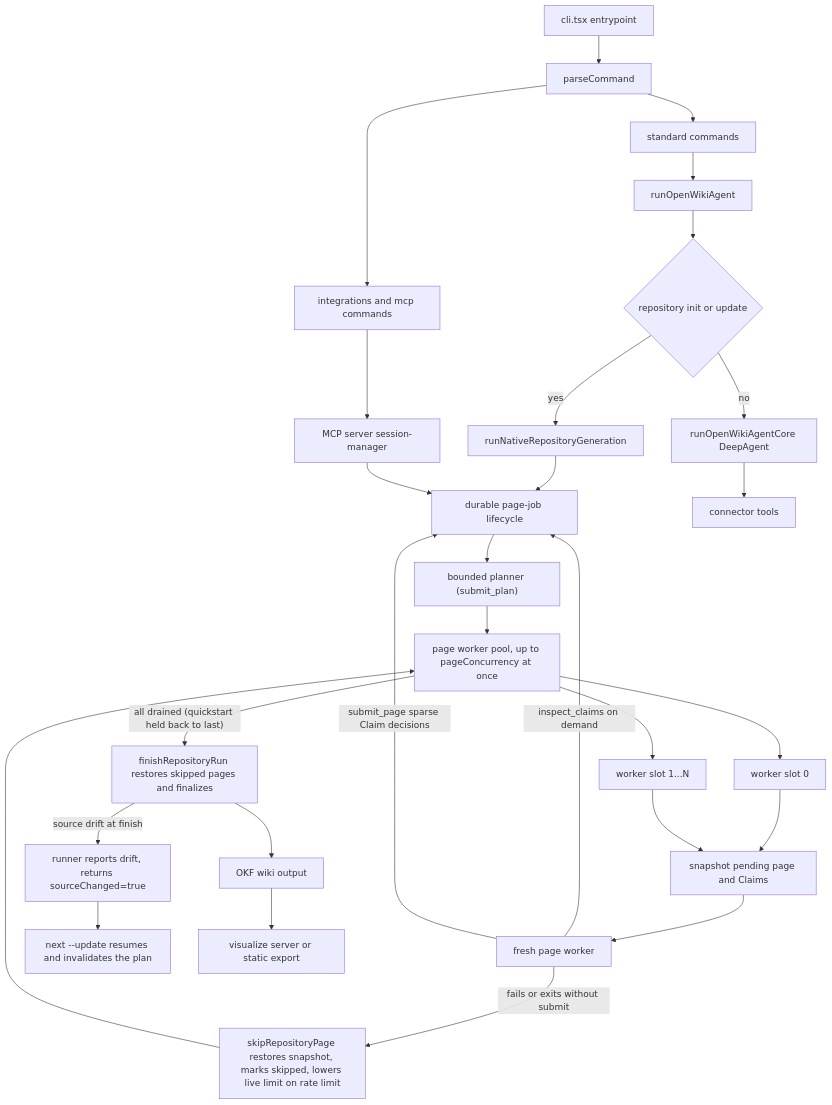
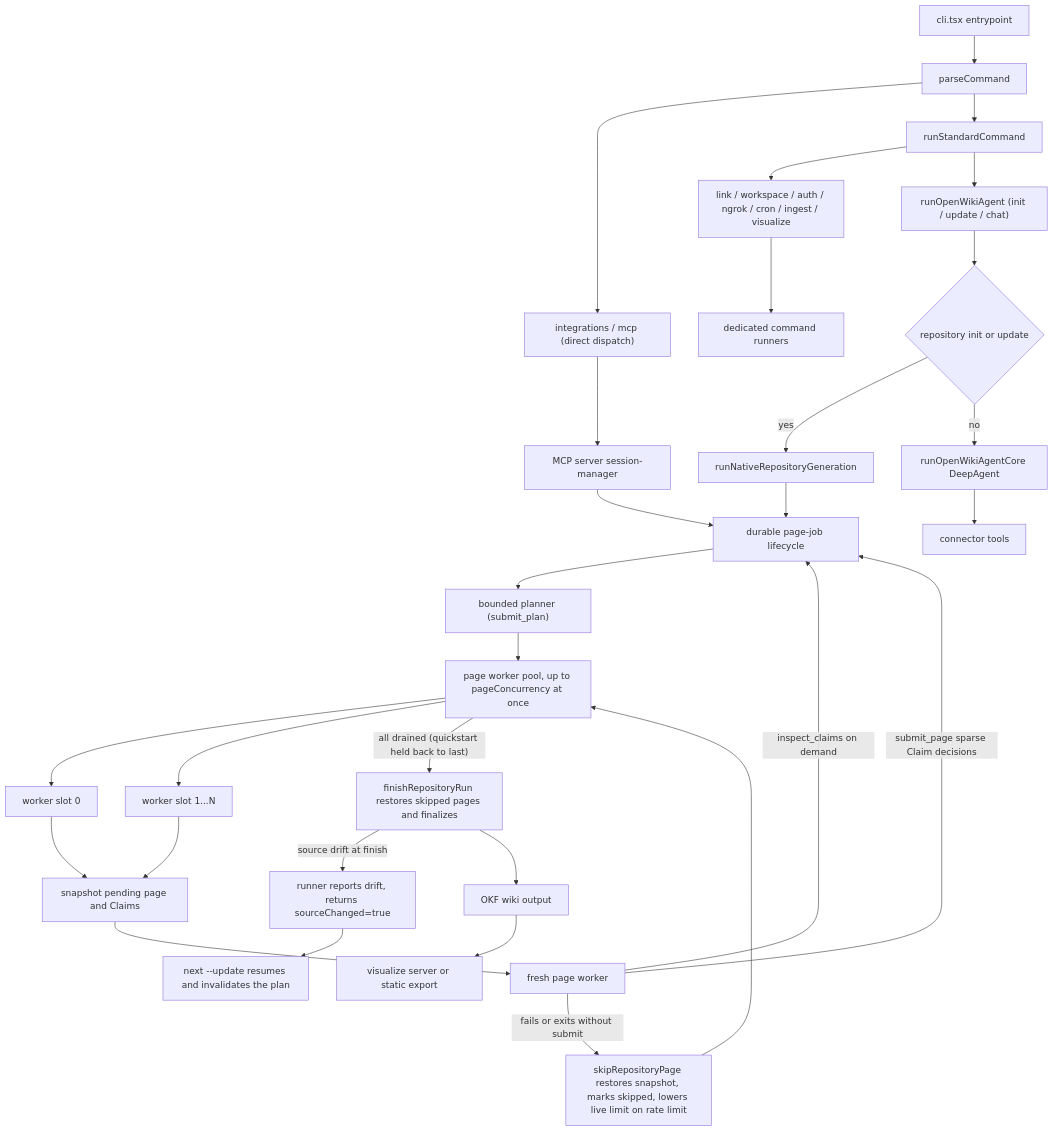
The first of 2 diagrams in openwiki/architecture/overview.md (899ms/openwiki), drawn with Mermaid before and after one commit. The commit also changed other lines of this file and 38 other files, not shown here.

Commit message:
docs: update OpenWiki (#931)

````diff
--- a/openwiki/architecture/overview.md
+++ b/openwiki/architecture/overview.md
@@ -82,30 +82,32 @@
 ```mermaid
 flowchart TD
   CLI["cli.tsx entrypoint"] --> Parse["parseCommand"]
-  Parse --> Std["standard commands"]
-  Parse --> Host["integrations and mcp commands"]
-  Std --> RunAgent["runOpenWikiAgent"]
+  Parse --> Integ["integrations / mcp (direct dispatch)"]
+  Parse --> Std["runStandardCommand"]
+  Std --> Direct["link / workspace / auth / ngrok / cron / ingest / visualize"]
+  Direct --> Runners["dedicated command runners"]
+  Std --> RunAgent["runOpenWikiAgent (init / update / chat)"]
   RunAgent --> RepoGen{"repository init or update"}
   RepoGen -->|yes| NativeRun["runNativeRepositoryGeneration"]
   RepoGen -->|no| Core["runOpenWikiAgentCore DeepAgent"]
   NativeRun --> Lifecycle["durable page-job lifecycle"]
-  Host --> McpServer["MCP server session-manager"]
+  Integ --> McpServer["MCP server session-manager"]
   McpServer --> Lifecycle
   Core --> Connectors["connector tools"]
   Lifecycle --> Planner["bounded planner (submit_plan)"]
   Planner --> Pool["page worker pool, up to pageConcurrency at once"]
   Pool --> Slot1["worker slot 0"]
   Pool --> Slot2["worker slot 1...N"]
   Slot1 --> Snapshot["snapshot pending page and Claims"]
   Slot2 --> Snapshot
   Snapshot --> PageWorker["fresh page worker"]
   PageWorker -->|"fails or exits without submit"| Skip["skipRepositoryPage restores snapshot, marks skipped, lowers live limit on rate limit"]
   Skip --> Pool
   PageWorker -->|"inspect_claims on demand"| Lifecycle
   PageWorker -->|"submit_page sparse Claim decisions"| Lifecycle
   Pool -->|"all drained (quickstart held back to last)"| Finalize["finishRepositoryRun restores skipped pages and finalizes"]
   Finalize -->|"source drift at finish"| Report["runner reports drift, returns sourceChanged=true"]
   Report --> LaterUpdate["next --update resumes and invalidates the plan"]
   Finalize --> Wiki["OKF wiki output"]
   Wiki --> Viz["visualize server or static export"]
 ```
````
